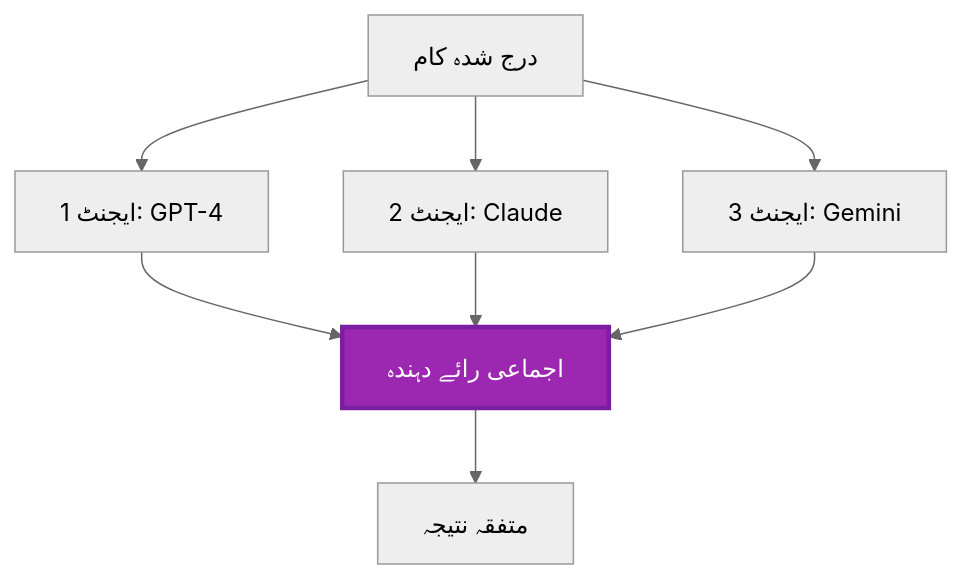
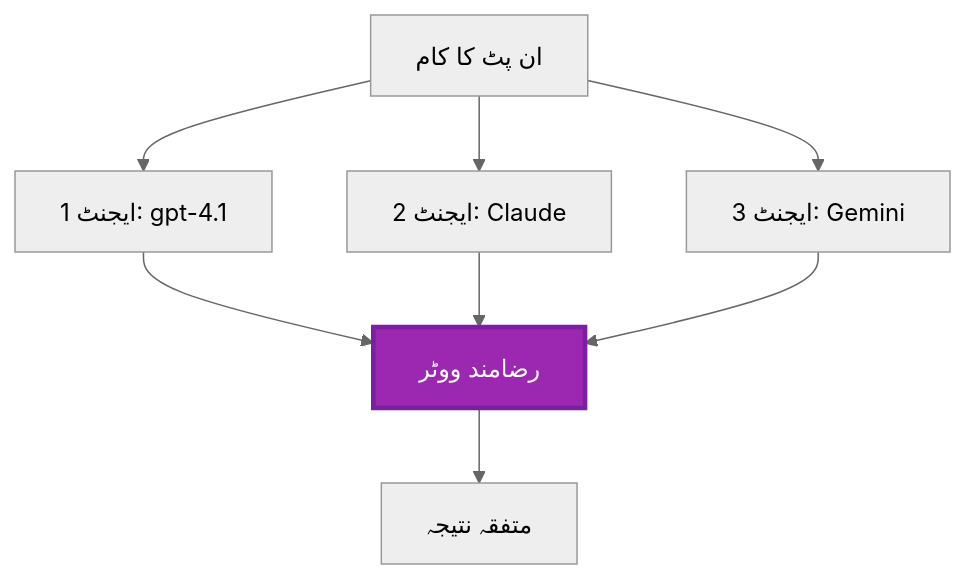
One commit to microsoft/AZD-for-beginners changed the fifth of 6 diagrams in translations/ur/docs/chapter-06-pre-deployment/coordination-patterns.md. Above: the diagram before and after it, drawn with Mermaid (neutral theme). The commit also changed other lines of this file and 101 other files, not shown here.

````diff
--- a/translations/ur/docs/chapter-06-pre-deployment/coordination-patterns.md
+++ b/translations/ur/docs/chapter-06-pre-deployment/coordination-patterns.md
@@ -233,19 +225,19 @@
 ```mermaid
 graph TB
-    Input[درج شدہ کام]
-    Agent1[ایجنٹ 1: GPT-4]
+    Input[ان پٹ کا کام]
+    Agent1[ایجنٹ 1: gpt-4.1]
     Agent2[ایجنٹ 2: Claude]
     Agent3[ایجنٹ 3: Gemini]
-    Voter[اجماعی رائے دہندہ]
+    Voter[رضامند ووٹر]
     Output[متفقہ نتیجہ]
     
     Input --> Agent1
     Input --> Agent2
     Input --> Agent3
     Agent1 --> Voter
     Agent2 --> Voter
     Agent3 --> Voter
     Voter --> Output
     
     style Voter fill:#9C27B0,stroke:#7B1FA2,stroke-width:3px,color:#fff
 ```
````
